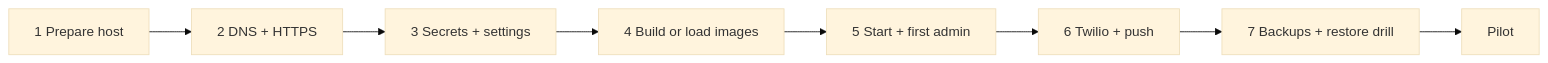
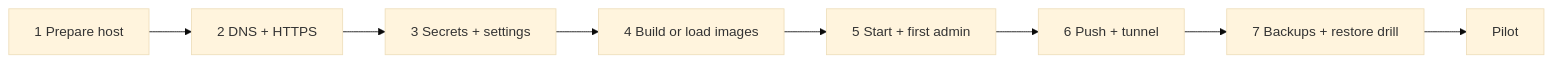
Before and after one commit to OSSC-DBIT/pcms: the diagram in docs/DEPLOYMENT.md, drawn with Mermaid (base theme). The commit also changed other lines of this file and 5 other files, not shown here.

````diff
--- a/docs/DEPLOYMENT.md
+++ b/docs/DEPLOYMENT.md
@@ -10,10 +10,10 @@
 ```mermaid
 flowchart LR
     A[1 Prepare host] --> B[2 DNS + HTTPS]
     B --> C[3 Secrets + settings]
     C --> D[4 Build or load images]
     D --> E[5 Start + first admin]
-    E --> F[6 Twilio + push]
+    E --> F[6 Push + tunnel]
     F --> G[7 Backups + restore drill]
     G --> H[Pilot]
 ```
````
